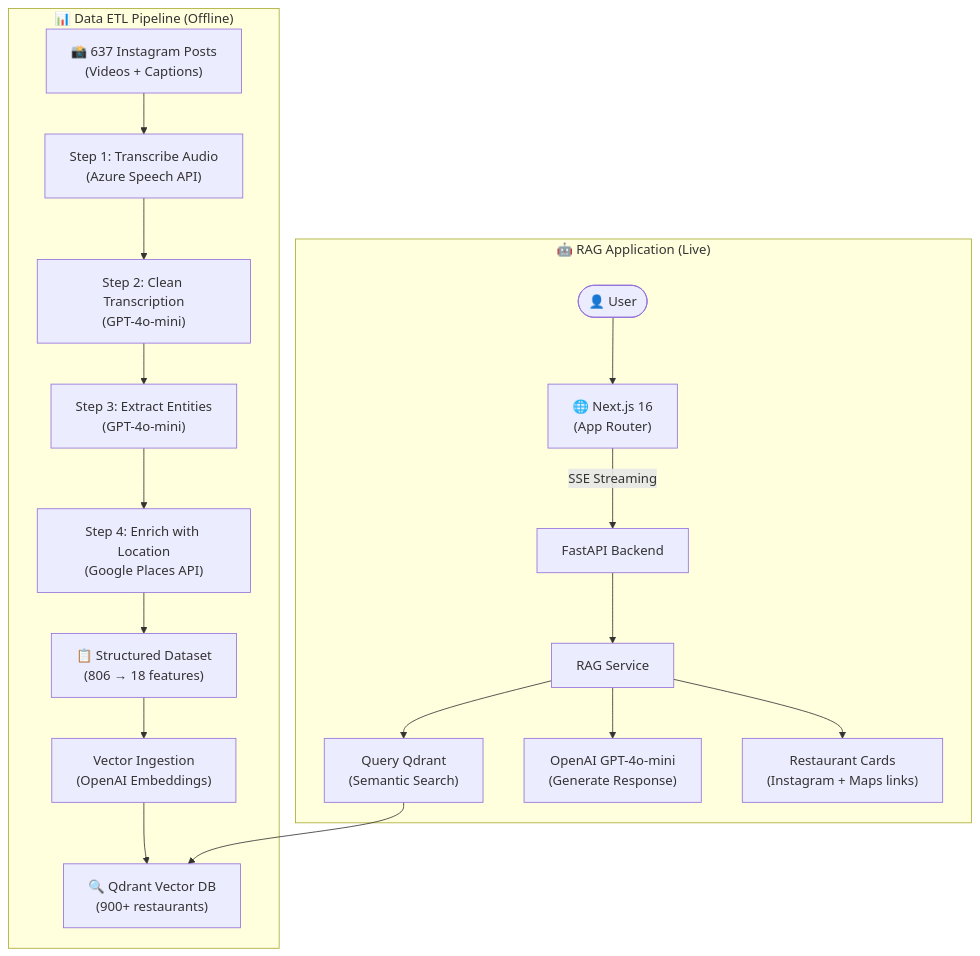
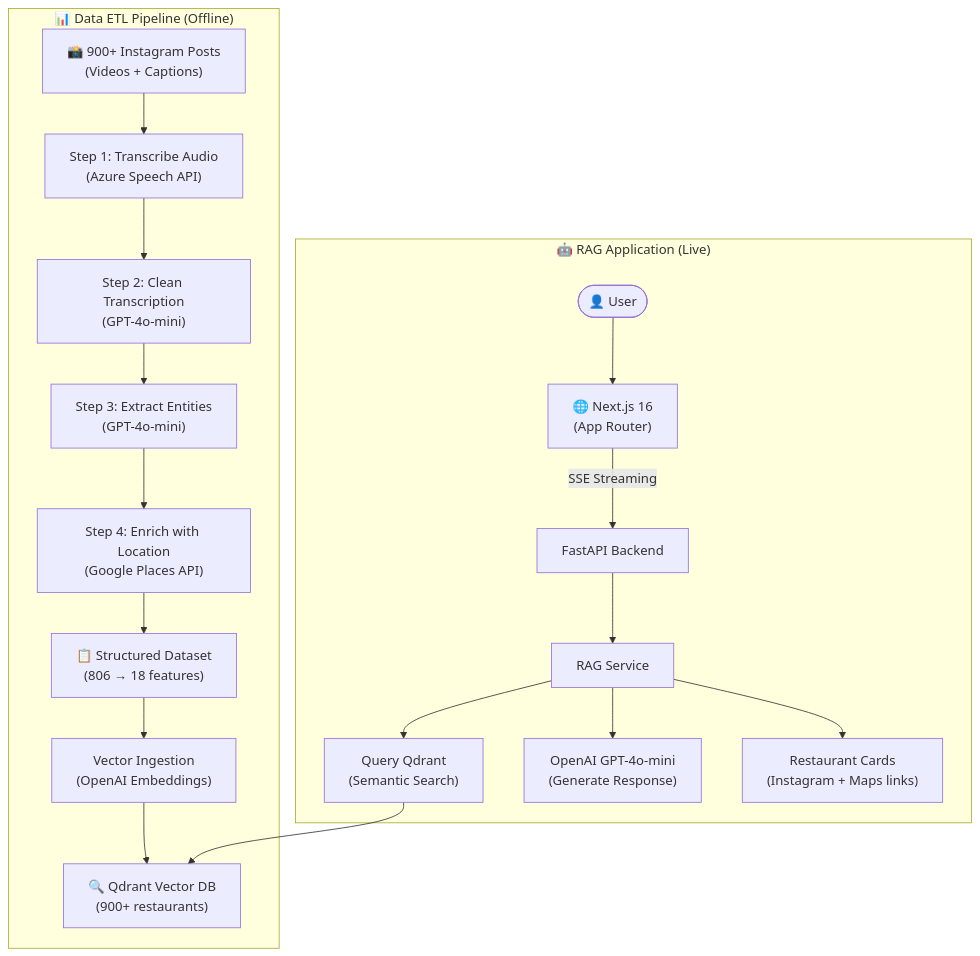
The first of 3 diagrams in content/projects/food-chatbot.mdx (Fauza27/Fauza-Personal-Portofolio-Website), drawn with Mermaid before and after one commit. The commit also changed other lines of this file and 1 other file, not shown here.

Commit message:
docs(content): fix inaccurate scraping statistics and methodology in food chatbot posts

````diff
--- a/content/projects/food-chatbot.mdx
+++ b/content/projects/food-chatbot.mdx
@@ -40,22 +40,22 @@
 ```mermaid
 flowchart TD
     subgraph ETL ["📊 Data ETL Pipeline (Offline)"]
-        IG["📸 637 Instagram Posts\n(Videos + Captions)"] --> S1["Step 1: Transcribe Audio\n(Azure Speech API)"]
+        IG["📸 900+ Instagram Posts\n(Videos + Captions)"] --> S1["Step 1: Transcribe Audio\n(Azure Speech API)"]
         S1 --> S2["Step 2: Clean Transcription\n(GPT-4o-mini)"]
         S2 --> S3["Step 3: Extract Entities\n(GPT-4o-mini)"]
         S3 --> S4["Step 4: Enrich with Location\n(Google Places API)"]
         S4 --> CSV["📋 Structured Dataset\n(806 → 18 features)"]
         CSV --> Ingest["Vector Ingestion\n(OpenAI Embeddings)"]
         Ingest --> Qdrant["🔍 Qdrant Vector DB\n(900+ restaurants)"]
     end
 
     subgraph App ["🤖 RAG Application (Live)"]
         User(["👤 User"]) --> Next["🌐 Next.js 16\n(App Router)"]
         Next -->|SSE Streaming| API["FastAPI Backend"]
         API --> RAG["RAG Service"]
         RAG --> QQ["Query Qdrant\n(Semantic Search)"]
         RAG --> LLM["OpenAI GPT-4o-mini\n(Generate Response)"]
         QQ --> Qdrant
         RAG --> Cards["Restaurant Cards\n(Instagram + Maps links)"]
     end
 ```
````
